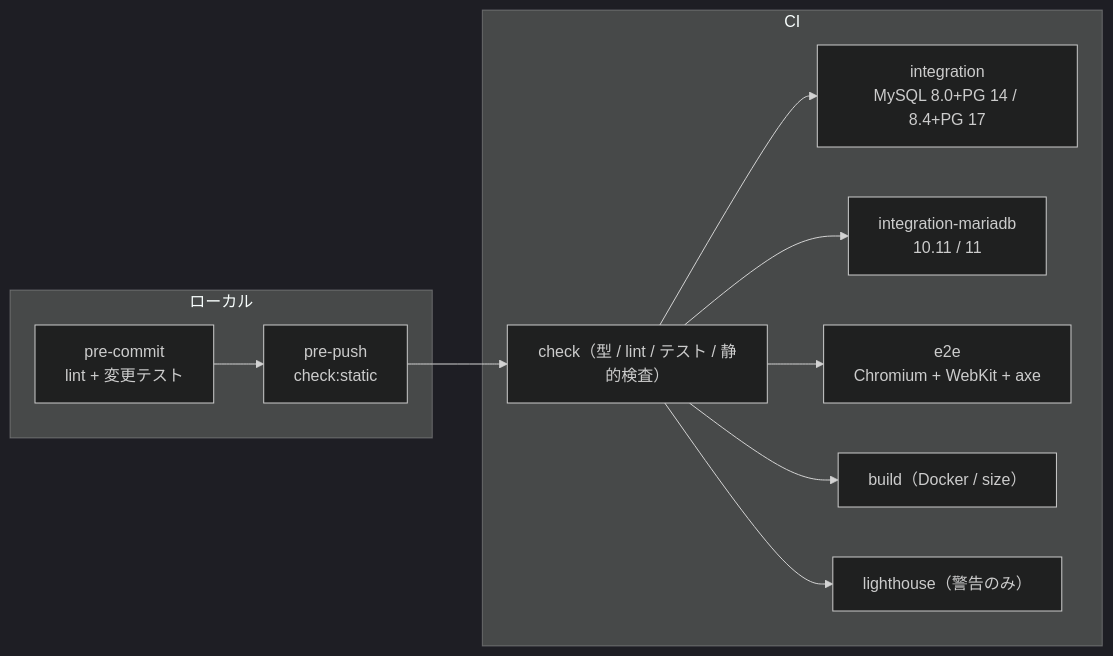
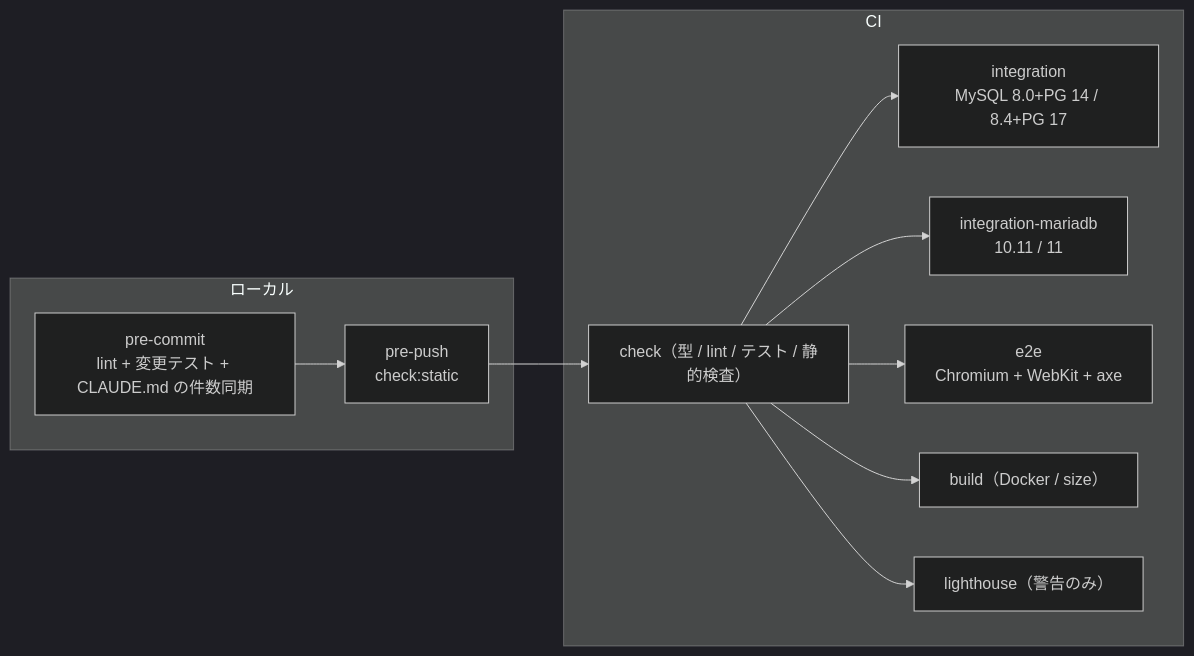
Diagram 11 of 11 in docs/architecture.md (ip-san/tsmyadmin), drawn with Mermaid (dark theme) before and after one commit. The commit also changed other lines of this file and 18 other files, not shown here.

````diff
--- a/docs/architecture.md
+++ b/docs/architecture.md
@@ -296,16 +310,16 @@
 ```mermaid
 flowchart LR
   subgraph local["ローカル"]
-    pc["pre-commit<br/>lint + 変更テスト"] --> pp["pre-push<br/>check:static"]
+    pc["pre-commit<br/>lint + 変更テスト + CLAUDE.md の件数同期"] --> pp["pre-push<br/>check:static"]
   end
   subgraph ci["CI"]
     chk["check（型 / lint / テスト / 静的検査）"]
     int["integration<br/>MySQL 8.0+PG 14 / 8.4+PG 17"]
     ma["integration-mariadb<br/>10.11 / 11"]
     e2e["e2e<br/>Chromium + WebKit + axe"]
     build["build（Docker / size）"]
     lh["lighthouse（警告のみ）"]
     chk --> int & ma & e2e & build & lh
   end
   pp --> chk
 ```
````
